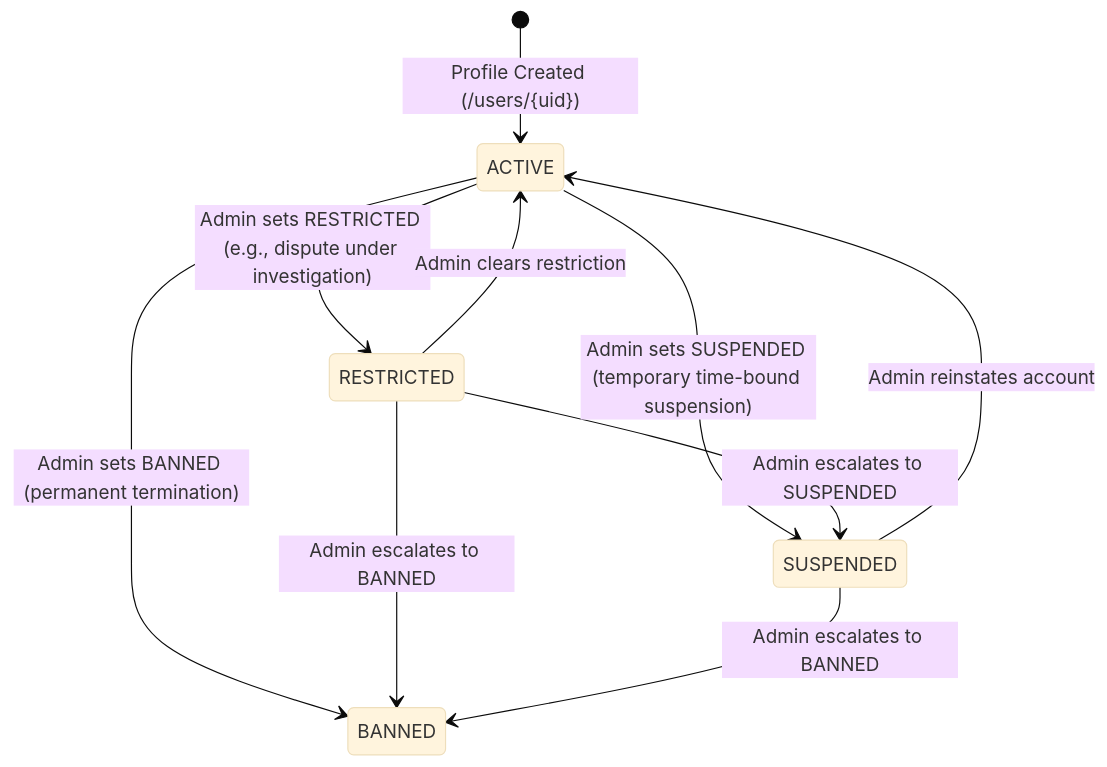
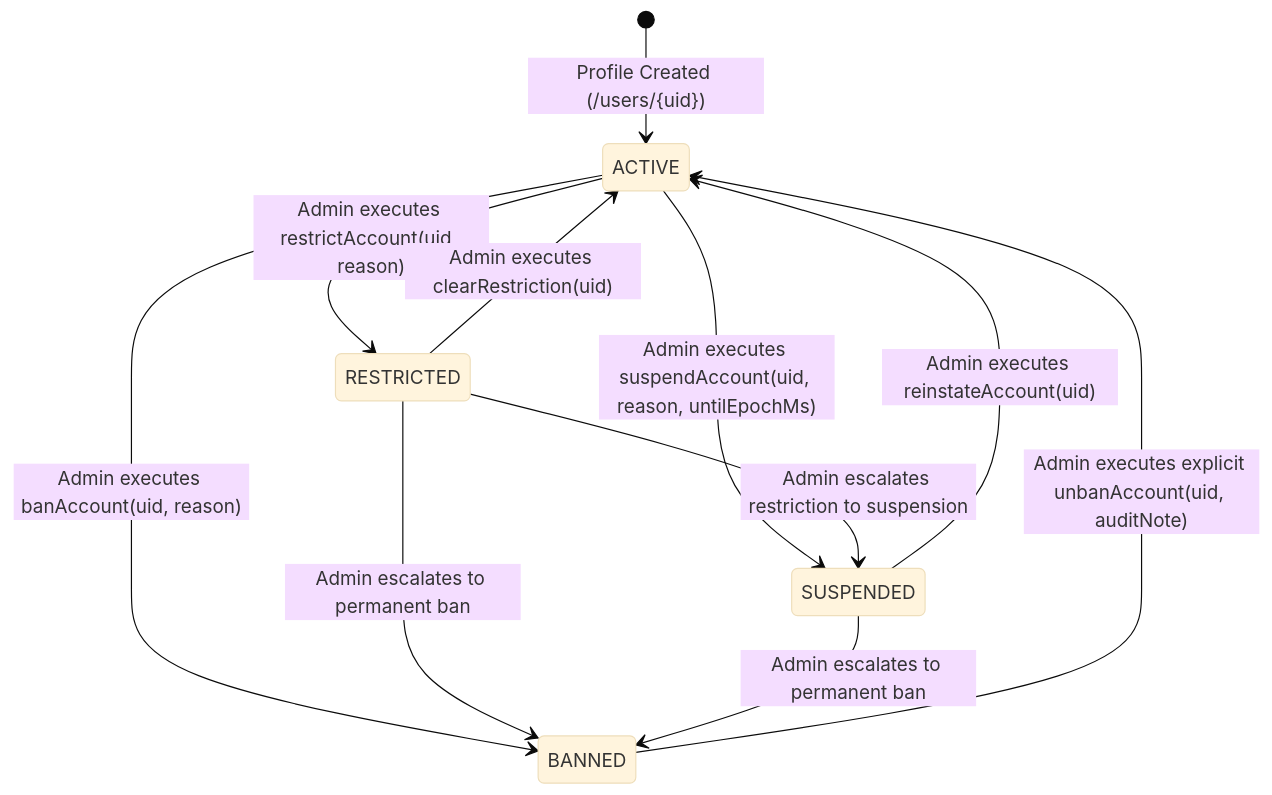
The second of 6 diagrams in docs/MODULE_1_AUTH_ARCHITECTURE.md (collinobeid/wastelink), drawn with Mermaid (base theme) before and after one commit. The commit also changed other lines of this file, not shown here.

Commit message:
docs(module-1): finalize authentication architecture and security acceptance review (v2.1)

````diff
--- a/docs/MODULE_1_AUTH_ARCHITECTURE.md
+++ b/docs/MODULE_1_AUTH_ARCHITECTURE.md
@@ -282,12 +248,13 @@
 ```mermaid
 stateDiagram-v2
     [*] --> ACTIVE : Profile Created (/users/{uid})
-    ACTIVE --> RESTRICTED : Admin sets RESTRICTED (e.g., dispute under investigation)
-    RESTRICTED --> ACTIVE : Admin clears restriction
-    ACTIVE --> SUSPENDED : Admin sets SUSPENDED (temporary time-bound suspension)
-    RESTRICTED --> SUSPENDED : Admin escalates to SUSPENDED
-    SUSPENDED --> ACTIVE : Admin reinstates account
-    ACTIVE --> BANNED : Admin sets BANNED (permanent termination)
-    RESTRICTED --> BANNED : Admin escalates to BANNED
-    SUSPENDED --> BANNED : Admin escalates to BANNED
+    ACTIVE --> RESTRICTED : Admin executes restrictAccount(uid, reason)
+    RESTRICTED --> ACTIVE : Admin executes clearRestriction(uid)
+    ACTIVE --> SUSPENDED : Admin executes suspendAccount(uid, reason, untilEpochMs)
+    RESTRICTED --> SUSPENDED : Admin escalates restriction to suspension
+    SUSPENDED --> ACTIVE : Admin executes reinstateAccount(uid)
+    ACTIVE --> BANNED : Admin executes banAccount(uid, reason)
+    RESTRICTED --> BANNED : Admin escalates to permanent ban
+    SUSPENDED --> BANNED : Admin escalates to permanent ban
+    BANNED --> ACTIVE : Admin executes explicit unbanAccount(uid, auditNote)
 ```
````
